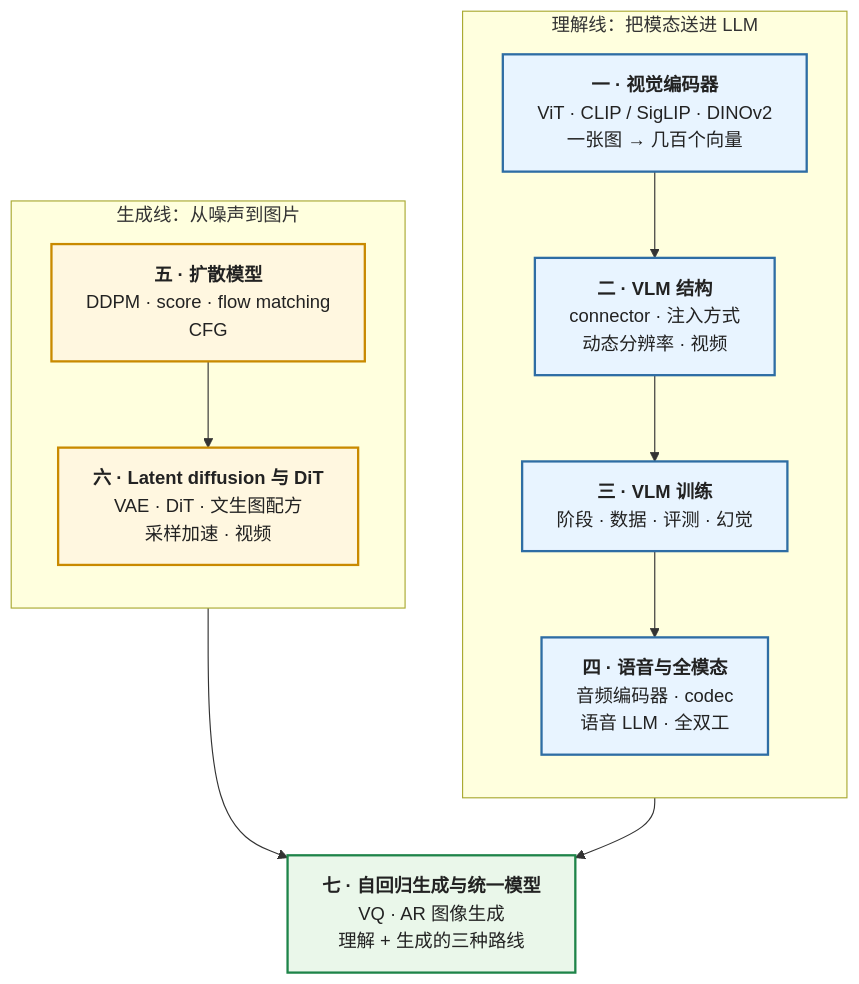
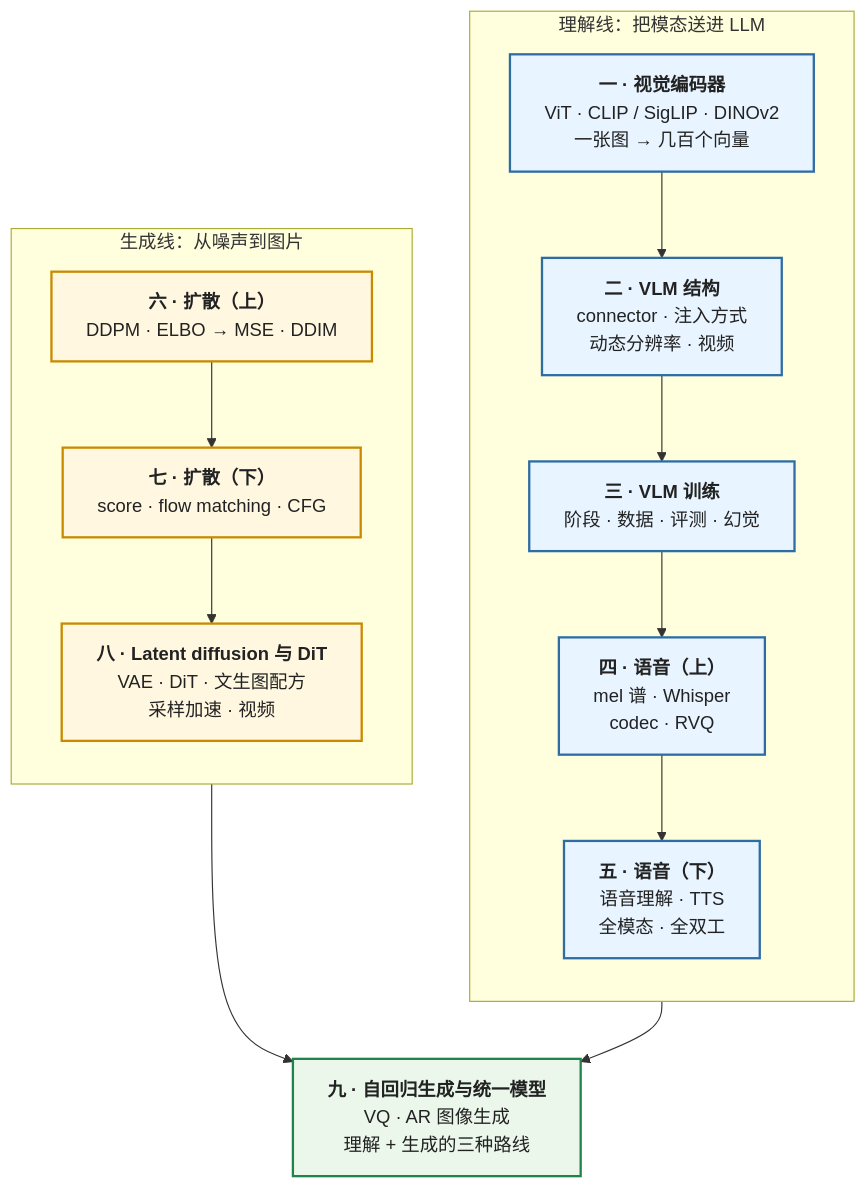
The diagram in _posts/2026-05-02-multimodal-from-vision-encoders-to-diffusion.md (arganzheng/arganzheng.github.com), drawn with Mermaid before and after one commit. The commit also changed other lines of this file and 4 other files, not shown here.

Commit message:
L7 总纲按 9 篇正文重写（分章导读、Mermaid、实践线改为九个 CPU toy）；总结篇按 9 篇重写逐篇回顾（NN=10）并修正全部篇号引用；三张地图 L7 7 → 9 篇、5h → 7h

````diff
--- a/_posts/2026-05-02-multimodal-from-vision-encoders-to-diffusion.md
+++ b/_posts/2026-05-02-multimodal-from-vision-encoders-to-diffusion.md
@@ -77,41 +81,45 @@
 ```mermaid
 %%{init: {"flowchart": {"wrappingWidth": 240}}}%%
 flowchart TB
     subgraph U["理解线：把模态送进 LLM"]
         direction TB
         ENC["`**一 · 视觉编码器**
 ViT · CLIP / SigLIP · DINOv2
 一张图 → 几百个向量`"]
         ARCH["`**二 · VLM 结构**
 connector · 注入方式
 动态分辨率 · 视频`"]
         TRAIN["`**三 · VLM 训练**
 阶段 · 数据 · 评测 · 幻觉`"]
-        AUDIO["`**四 · 语音与全模态**
-音频编码器 · codec
-语音 LLM · 全双工`"]
-        ENC --> ARCH --> TRAIN --> AUDIO
+        AUDIO["`**四 · 语音（上）**
+mel 谱 · Whisper
+codec · RVQ`"]
+        AUDIO2["`**五 · 语音（下）**
+语音理解 · TTS
+全模态 · 全双工`"]
+        ENC --> ARCH --> TRAIN --> AUDIO --> AUDIO2
     end
     subgraph G["生成线：从噪声到图片"]
         direction TB
-        DIFF["`**五 · 扩散模型**
-DDPM · score · flow matching
-CFG`"]
-        LDM["`**六 · Latent diffusion 与 DiT**
+        DIFF["`**六 · 扩散（上）**
+DDPM · ELBO → MSE · DDIM`"]
+        DIFF2["`**七 · 扩散（下）**
+score · flow matching · CFG`"]
+        LDM["`**八 · Latent diffusion 与 DiT**
 VAE · DiT · 文生图配方
 采样加速 · 视频`"]
-        DIFF --> LDM
+        DIFF --> DIFF2 --> LDM
     end
-    UNI["`**七 · 自回归生成与统一模型**
+    UNI["`**九 · 自回归生成与统一模型**
 VQ · AR 图像生成
 理解 + 生成的三种路线`"]
-    AUDIO --> UNI
+    AUDIO2 --> UNI
     LDM --> UNI
 
     classDef und fill:#e8f4ff,stroke:#2e6da4,stroke-width:2px,color:#222
     classDef gen fill:#fff7e0,stroke:#c98a00,stroke-width:2px,color:#222
     classDef uni fill:#eaf7ea,stroke:#1e8449,stroke-width:2px,color:#222
-    class ENC,ARCH,TRAIN,AUDIO und
-    class DIFF,LDM gen
+    class ENC,ARCH,TRAIN,AUDIO,AUDIO2 und
+    class DIFF,DIFF2,LDM gen
     class UNI uni
 ```
````
